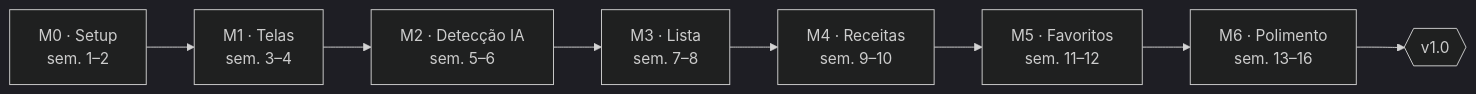
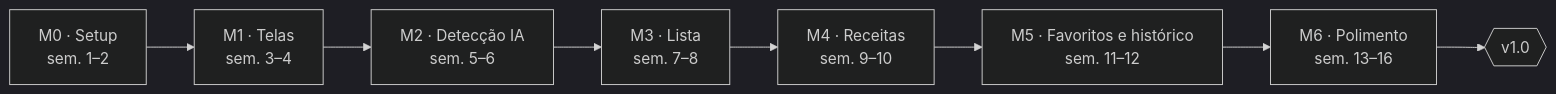
The diagram in docs/wiki/Roadmap.md (Miguel1138/visao_computacional_comida), drawn with Mermaid (dark theme) before and after one commit. The commit also changed other lines of this file and 11 other files, not shown here.

````diff
--- a/docs/wiki/Roadmap.md
+++ b/docs/wiki/Roadmap.md
@@ -6,4 +6,4 @@
 ```mermaid
 flowchart LR
-  M0[M0 · Setup<br/>sem. 1–2] --> M1[M1 · Telas<br/>sem. 3–4] --> M2[M2 · Detecção IA<br/>sem. 5–6] --> M3[M3 · Lista<br/>sem. 7–8] --> M4[M4 · Receitas<br/>sem. 9–10] --> M5[M5 · Favoritos<br/>sem. 11–12] --> M6[M6 · Polimento<br/>sem. 13–16] --> V{{v1.0}}
+  M0[M0 · Setup<br/>sem. 1–2] --> M1[M1 · Telas<br/>sem. 3–4] --> M2[M2 · Detecção IA<br/>sem. 5–6] --> M3[M3 · Lista<br/>sem. 7–8] --> M4[M4 · Receitas<br/>sem. 9–10] --> M5[M5 · Favoritos e histórico<br/>sem. 11–12] --> M6[M6 · Polimento<br/>sem. 13–16] --> V{{v1.0}}
 ```
````
